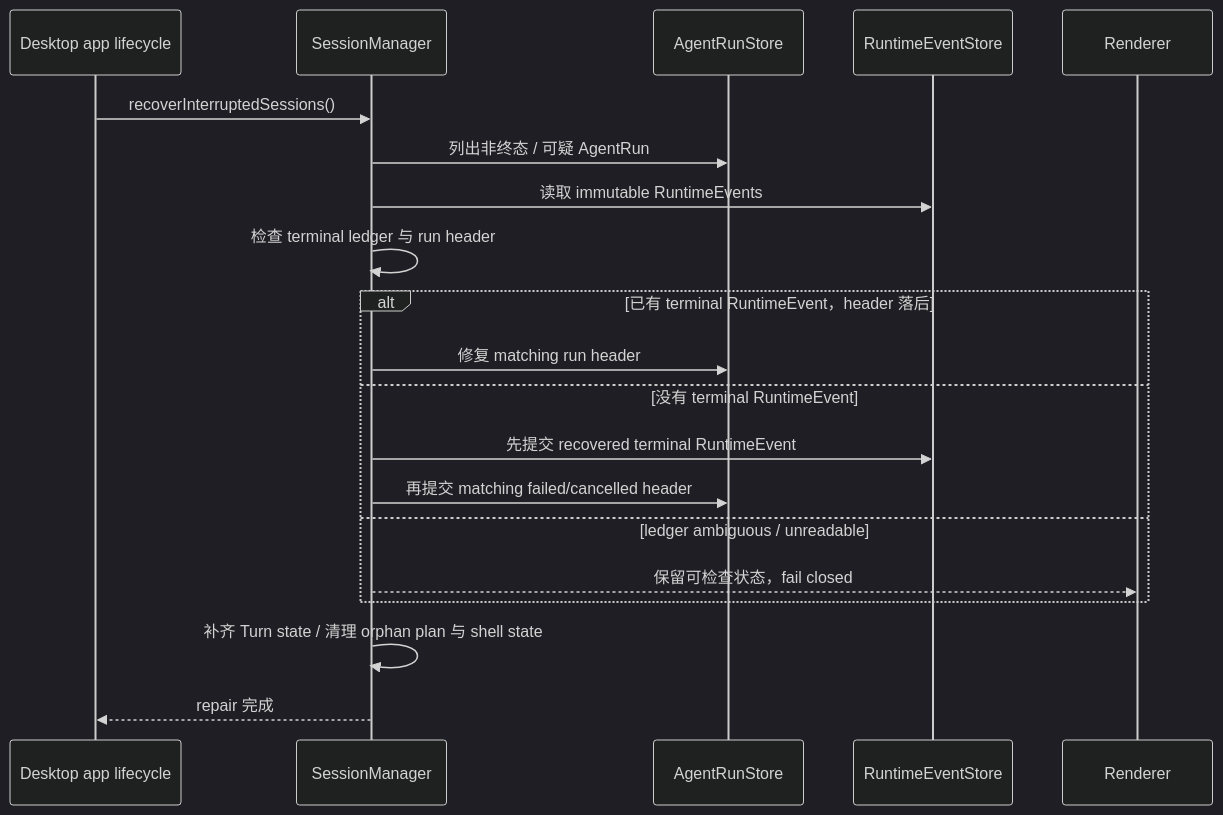
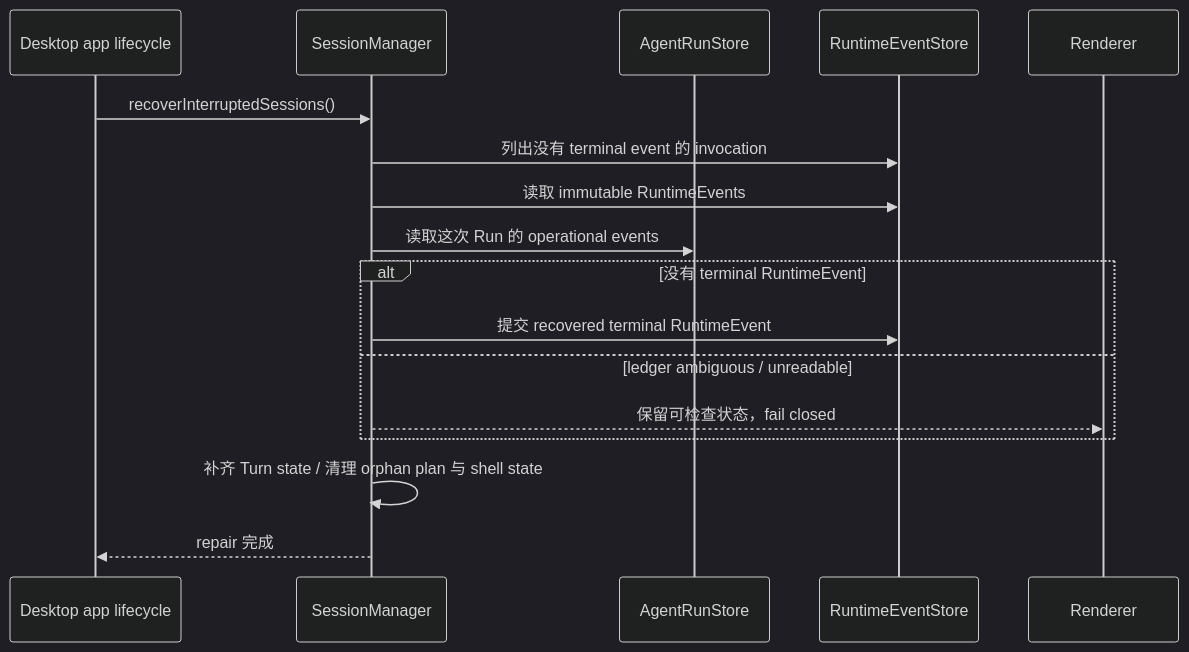
Before and after one commit to ARE404/maka-agent: the sixth of 13 diagrams in docs/architecture/runtime-resume-architecture.zh-CN.md, drawn with Mermaid (dark theme). The commit also changed other lines of this file and 151 other files, not shown here.

````diff
--- a/docs/architecture/runtime-resume-architecture.zh-CN.md
+++ b/docs/architecture/runtime-resume-architecture.zh-CN.md
@@ -401,23 +402,20 @@
 ```mermaid
 sequenceDiagram
   participant App as Desktop app lifecycle
   participant SM as SessionManager
   participant RS as AgentRunStore
   participant ES as RuntimeEventStore
   participant UI as Renderer
 
   App->>SM: recoverInterruptedSessions()
-  SM->>RS: 列出非终态 / 可疑 AgentRun
+  SM->>ES: 列出没有 terminal event 的 invocation
   SM->>ES: 读取 immutable RuntimeEvents
-  SM->>SM: 检查 terminal ledger 与 run header
-  alt 已有 terminal RuntimeEvent，header 落后
-    SM->>RS: 修复 matching run header
-  else 没有 terminal RuntimeEvent
-    SM->>ES: 先提交 recovered terminal RuntimeEvent
-    SM->>RS: 再提交 matching failed/cancelled header
+  SM->>RS: 读取这次 Run 的 operational events
+  alt 没有 terminal RuntimeEvent
+    SM->>ES: 提交 recovered terminal RuntimeEvent
   else ledger ambiguous / unreadable
     SM-->>UI: 保留可检查状态，fail closed
   end
   SM->>SM: 补齐 Turn state / 清理 orphan plan 与 shell state
   SM-->>App: repair 完成
 ```
````
